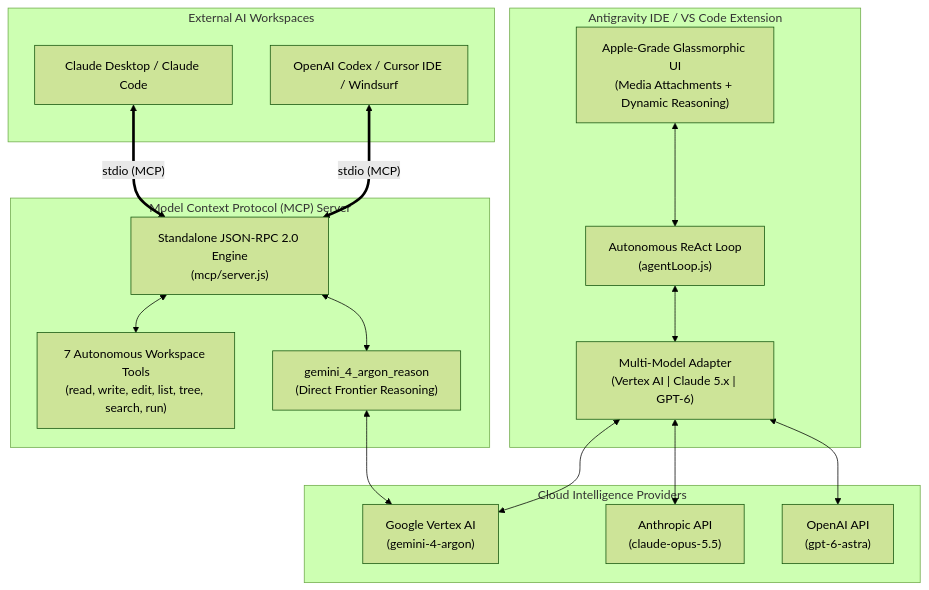
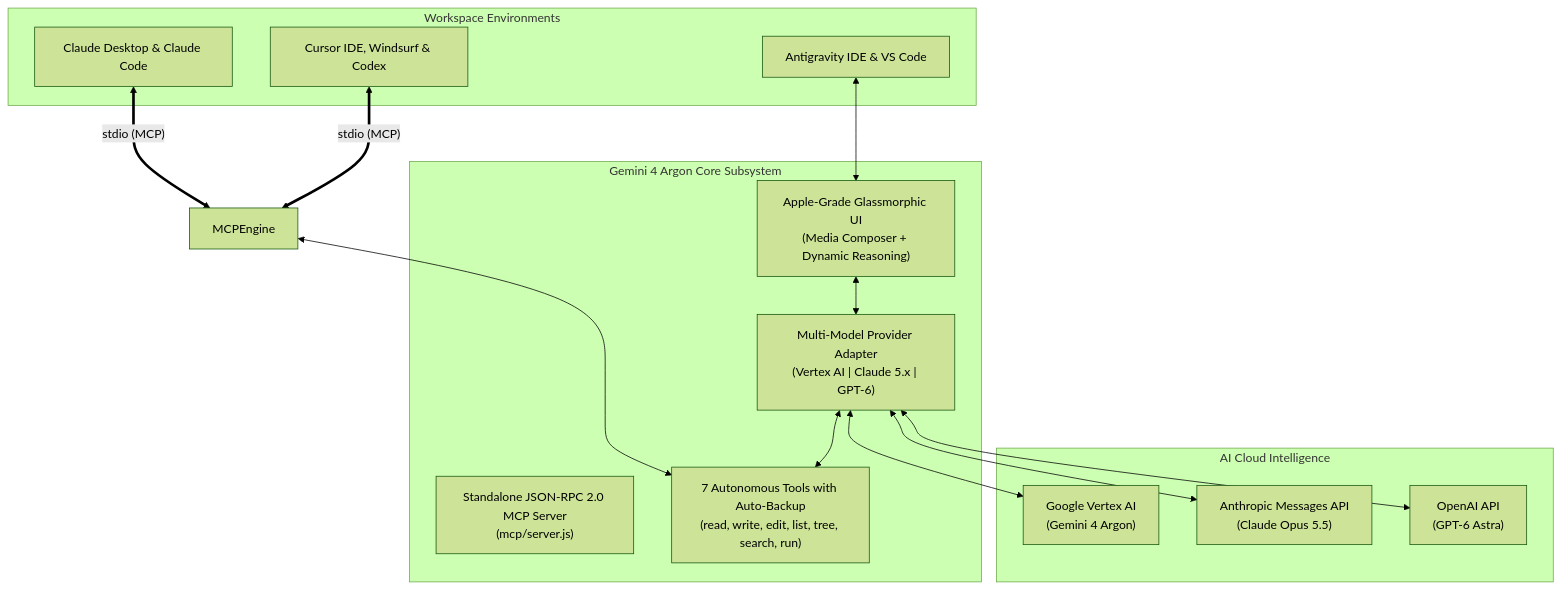
The diagram in lucknexa.gemini-4-argon-1.0.0/README.md (ffzlucky7-coder/gemini-4-argon), drawn with Mermaid (forest theme) before and after one commit. The commit also changed other lines of this file and 2 other files, not shown here.

Commit message:
docs: overhaul README with beautiful theme, Free vs Frontier model matrix, refundable verification guide, and absolute path tutorial

````diff
--- a/lucknexa.gemini-4-argon-1.0.0/README.md
+++ b/lucknexa.gemini-4-argon-1.0.0/README.md
@@ -39,35 +86,31 @@
 ```mermaid
 flowchart TD
-    subgraph IDE_Extension ["Antigravity IDE / VS Code Extension"]
-        Webview["Apple-Grade Glassmorphic UI\n(Media Attachments + Dynamic Reasoning)"]
-        AgentLoop["Autonomous ReAct Loop\n(agentLoop.js)"]
-        Provider["Multi-Model Adapter\n(Vertex AI | Claude 5.x | GPT-6)"]
-        Webview <--> AgentLoop
-        AgentLoop <--> Provider
+    subgraph Clients ["Workspace Environments"]
+        Antigravity["Antigravity IDE & VS Code"]
+        ClaudeDesktop["Claude Desktop & Claude Code"]
+        CursorCodex["Cursor IDE, Windsurf & Codex"]
     end
 
-    subgraph MCP_Layer ["Model Context Protocol (MCP) Server"]
-        MCPEngine["Standalone JSON-RPC 2.0 Engine\n(mcp/server.js)"]
-        WorkspaceTools["7 Autonomous Workspace Tools\n(read, write, edit, list, tree, search, run)"]
-        ArgonTool["gemini_4_argon_reason\n(Direct Frontier Reasoning)"]
-        MCPEngine <--> WorkspaceTools
-        MCPEngine <--> ArgonTool
+    subgraph CoreEngine ["Gemini 4 Argon Core Subsystem"]
+        GlassUI["Apple-Grade Glassmorphic UI\n(Media Composer + Dynamic Reasoning)"]
+        MCPServer["Standalone JSON-RPC 2.0 MCP Server\n(mcp/server.js)"]
+        ProviderAdapter["Multi-Model Provider Adapter\n(Vertex AI | Claude 5.x | GPT-6)"]
+        WorkspaceTools["7 Autonomous Tools with Auto-Backup\n(read, write, edit, list, tree, search, run)"]
     end
 
-    subgraph External_Clients ["External AI Workspaces"]
-        ClaudeDesk["Claude Desktop / Claude Code"]
-        CodexCursor["OpenAI Codex / Cursor IDE / Windsurf"]
-        ClaudeDesk <== "stdio (MCP)" ==> MCPEngine
-        CodexCursor <== "stdio (MCP)" ==> MCPEngine
+    subgraph CloudAI ["AI Cloud Intelligence"]
+        VertexAI["Google Vertex AI\n(Gemini 4 Argon)"]
+        AnthropicAPI["Anthropic Messages API\n(Claude Opus 5.5)"]
+        OpenAIAPI["OpenAI API\n(GPT-6 Astra)"]
     end
 
-    subgraph Cloud_AI ["Cloud Intelligence Providers"]
-        VertexCloud["Google Vertex AI\n(gemini-4-argon)"]
-        AnthropicCloud["Anthropic API\n(claude-opus-5.5)"]
-        OpenAICloud["OpenAI API\n(gpt-6-astra)"]
-        Provider <--> VertexCloud
-        Provider <--> AnthropicCloud
-        Provider <--> OpenAICloud
-        ArgonTool <--> VertexCloud
-    end
+    Antigravity <--> GlassUI
+    GlassUI <--> ProviderAdapter
+    ClaudeDesktop <== "stdio (MCP)" ==> MCPEngine
+    CursorCodex <== "stdio (MCP)" ==> MCPEngine
+    MCPEngine <--> WorkspaceTools
+    ProviderAdapter <--> WorkspaceTools
+    ProviderAdapter <--> VertexAI
+    ProviderAdapter <--> AnthropicAPI
+    ProviderAdapter <--> OpenAIAPI
 ```
````
